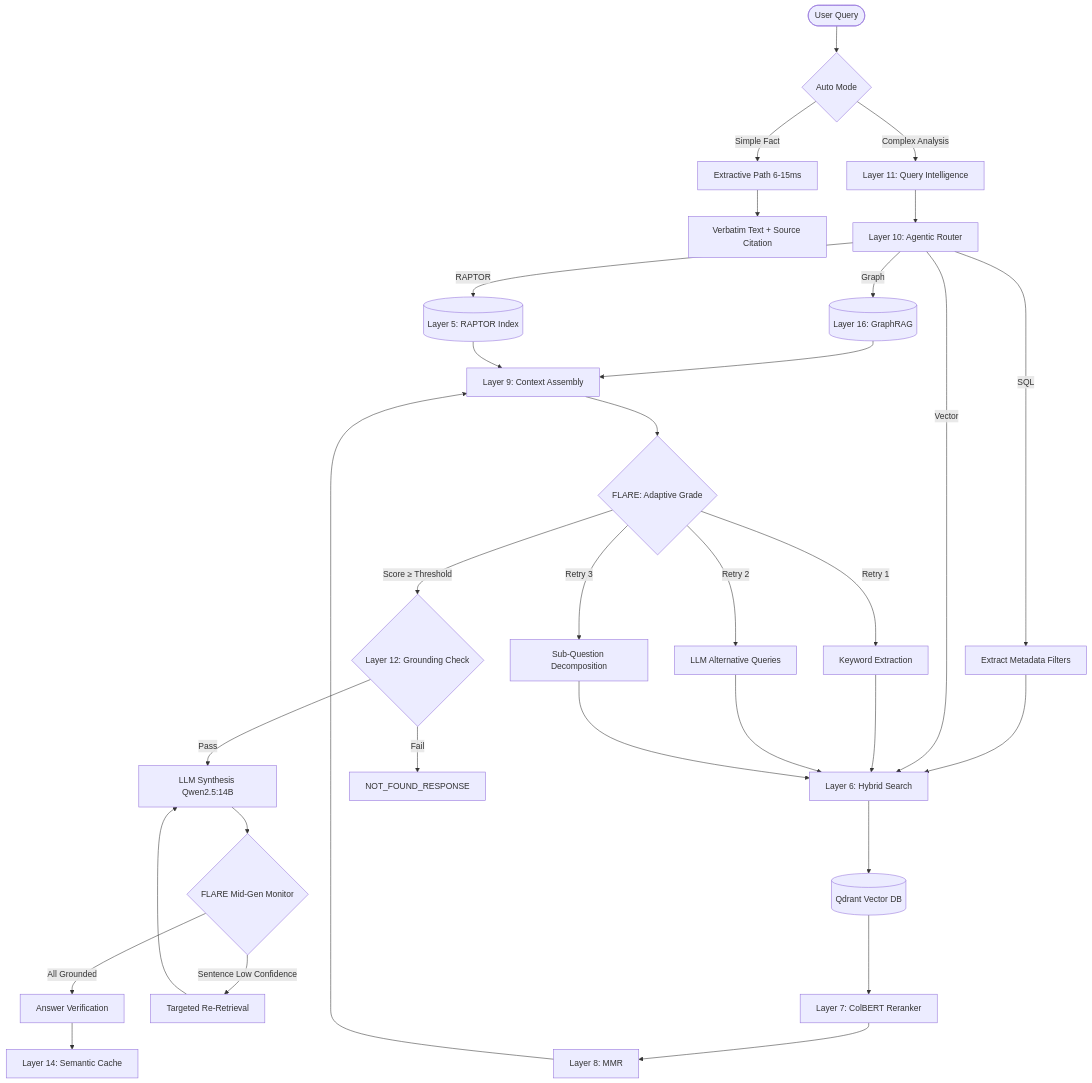
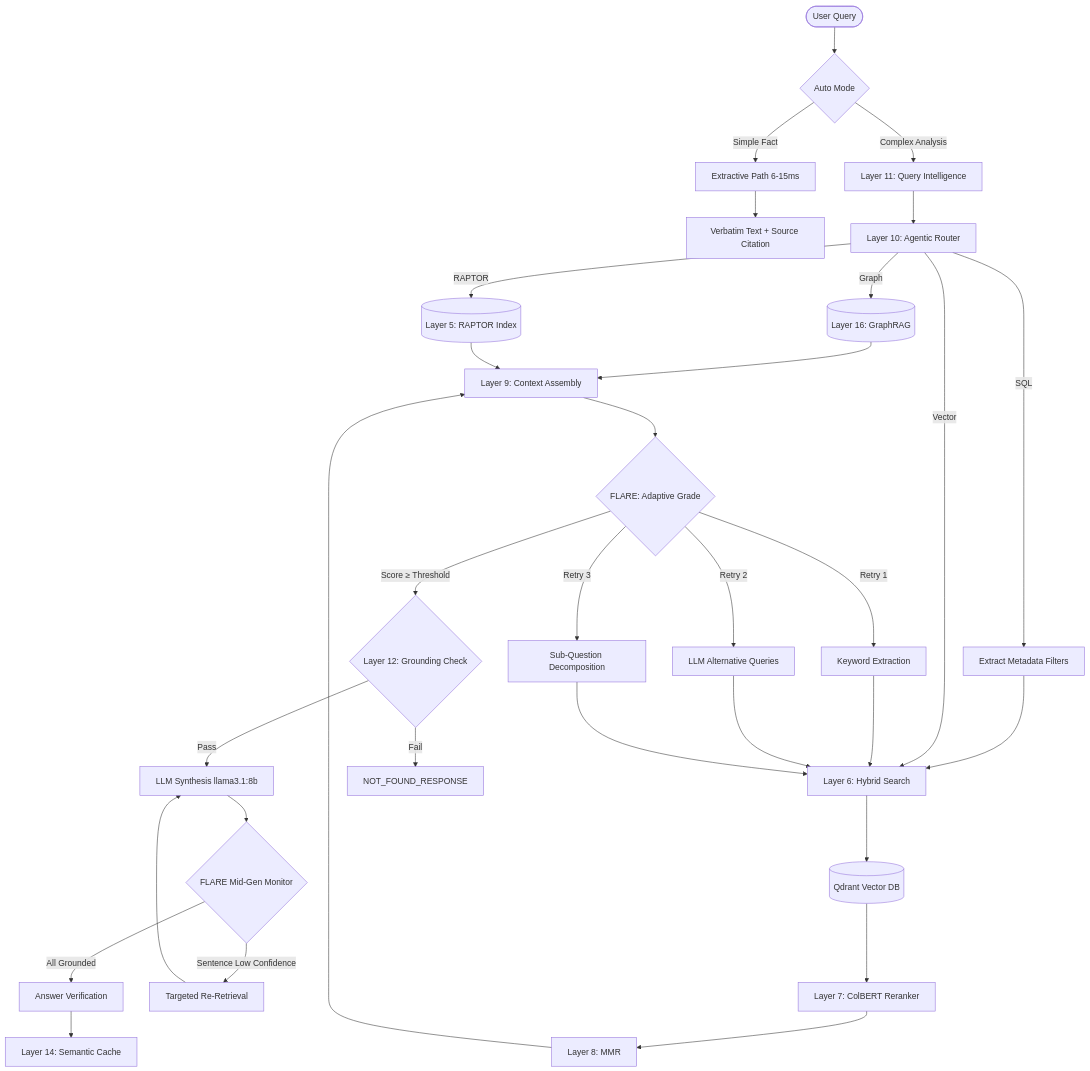
One commit to varunsrivastav1999/Retrieval-Augmented-Generation--RAG- changed the diagram in README.md. Above: the diagram before and after it, drawn with Mermaid. The commit also changed other lines of this file, not shown here.

Commit message:
docs: Update README.md to reflect the usage of llama3.1:8b instead of Qwen2.5:14B

````diff
--- a/README.md
+++ b/README.md
@@ -45,42 +45,42 @@
 ```mermaid
 graph TD
     User([User Query]) --> Auto{Auto Mode}
     Auto -- Simple Fact --> Ext[Extractive Path 6-15ms]
     Auto -- Complex Analysis --> QIntel[Layer 11: Query Intelligence]
     Ext --> Verbatim[Verbatim Text + Source Citation]
 
     QIntel --> Router[Layer 10: Agentic Router]
     
     Router -- Graph --> Neo4j[(Layer 16: GraphRAG)]
     Neo4j --> ContextAssemble[Layer 9: Context Assembly]
     
     Router -- RAPTOR --> RaptorDB[(Layer 5: RAPTOR Index)]
     RaptorDB --> ContextAssemble
     
     Router -- SQL --> ExtMeta[Extract Metadata Filters]
     ExtMeta --> Hybrid[Layer 6: Hybrid Search]
     
     Router -- Vector --> Hybrid
     Hybrid --> Qdrant[(Qdrant Vector DB)]
     Qdrant --> Reranker[Layer 7: ColBERT Reranker]
     Reranker --> MMR[Layer 8: MMR]
     MMR --> ContextAssemble
     
     ContextAssemble --> FLARE{FLARE: Adaptive Grade}
     FLARE -- Score ≥ Threshold --> Grounding{Layer 12: Grounding Check}
     FLARE -- Retry 1 --> Rewrite1[Keyword Extraction]
     FLARE -- Retry 2 --> Rewrite2[LLM Alternative Queries]
     FLARE -- Retry 3 --> Rewrite3[Sub-Question Decomposition]
     Rewrite1 --> Hybrid
     Rewrite2 --> Hybrid
     Rewrite3 --> Hybrid
     
-    Grounding -- Pass --> LLM[LLM Synthesis Qwen2.5:14B]
+    Grounding -- Pass --> LLM[LLM Synthesis llama3.1:8b]
     Grounding -- Fail --> HALT[NOT_FOUND_RESPONSE]
     
     LLM --> FLARE_Mid{FLARE Mid-Gen Monitor}
     FLARE_Mid -- Sentence Low Confidence --> TargetedRet[Targeted Re-Retrieval]
     TargetedRet --> LLM
     FLARE_Mid -- All Grounded --> Verify[Answer Verification]
     Verify --> Cache[Layer 14: Semantic Cache]
 ```
````
